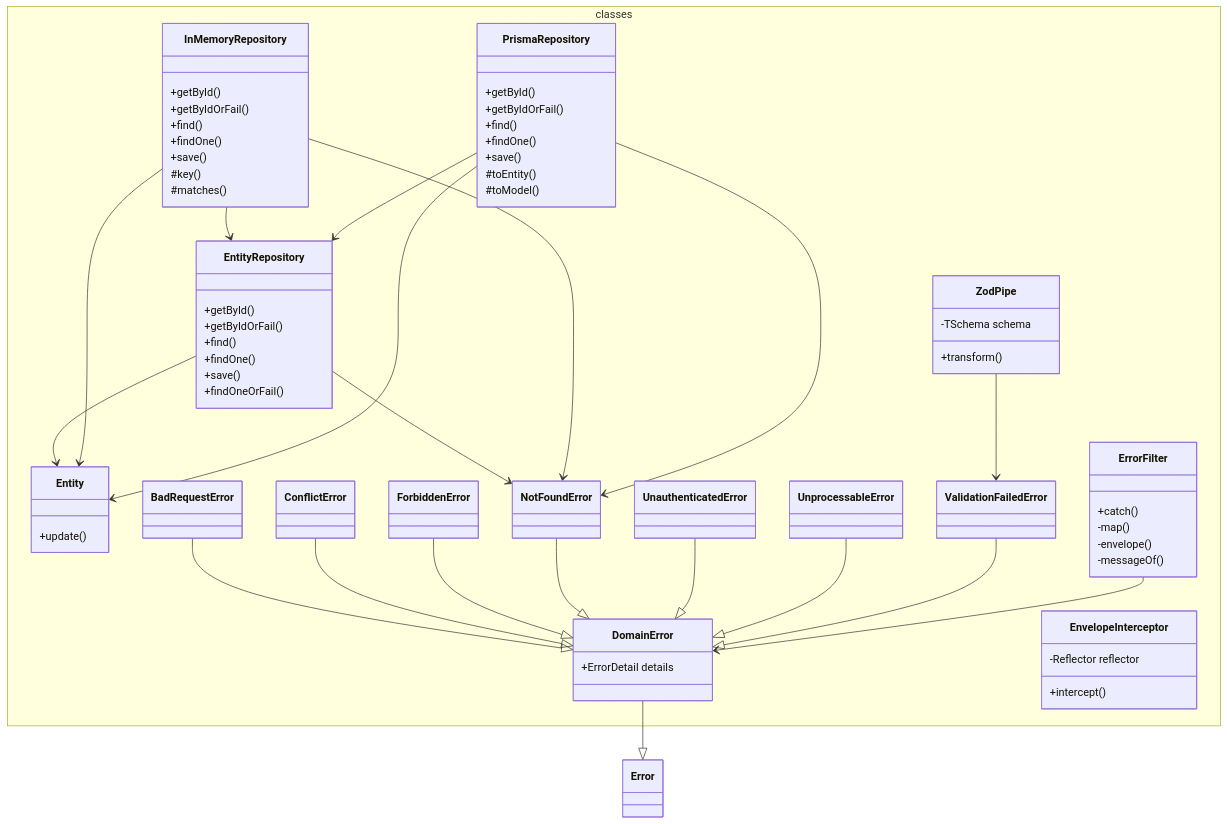
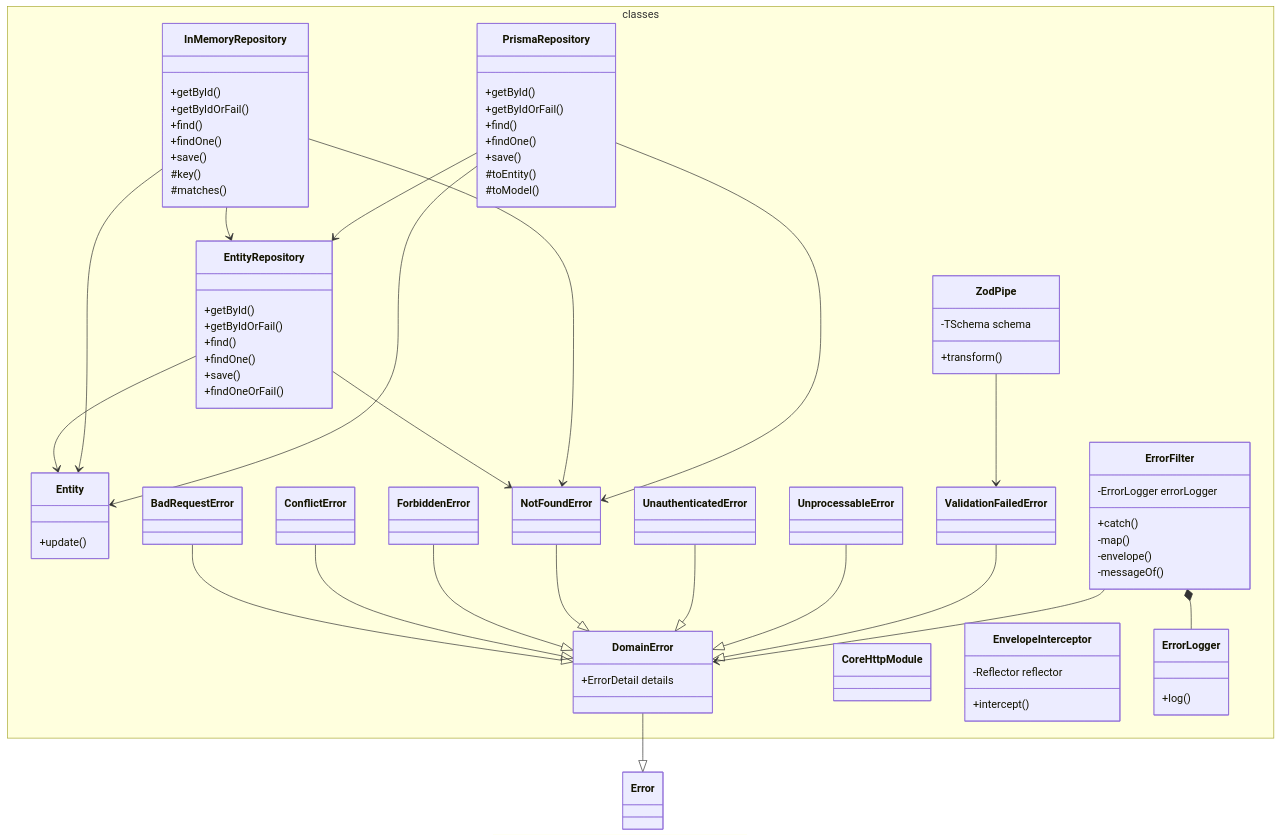
One commit to pslotinsky/decay-of-magic changed the diagram in packages/core/README.md. Above: the diagram before and after it, drawn with Mermaid. The commit also changed other lines of this file and 173 other files, not shown here.

```diff
--- a/packages/core/README.md
+++ b/packages/core/README.md
@@ -21,15 +21,20 @@
     class UnauthenticatedError
     class UnprocessableError
     class ValidationFailedError
+    class CoreHttpModule
     class EnvelopeInterceptor {
       -Reflector reflector
       +intercept()
     }
     class ErrorFilter {
+      -ErrorLogger errorLogger
       +catch()
       -map()
       -envelope()
       -messageOf()
+    }
+    class ErrorLogger {
+      +log()
     }
     class ZodPipe {
       -TSchema schema
@@ -71,6 +76,7 @@
   UnauthenticatedError --|> DomainError
   UnprocessableError --|> DomainError
   ValidationFailedError --|> DomainError
+  ErrorFilter *-- ErrorLogger
   ErrorFilter --> DomainError
   ZodPipe --> ValidationFailedError
   EntityRepository --> Entity
```
